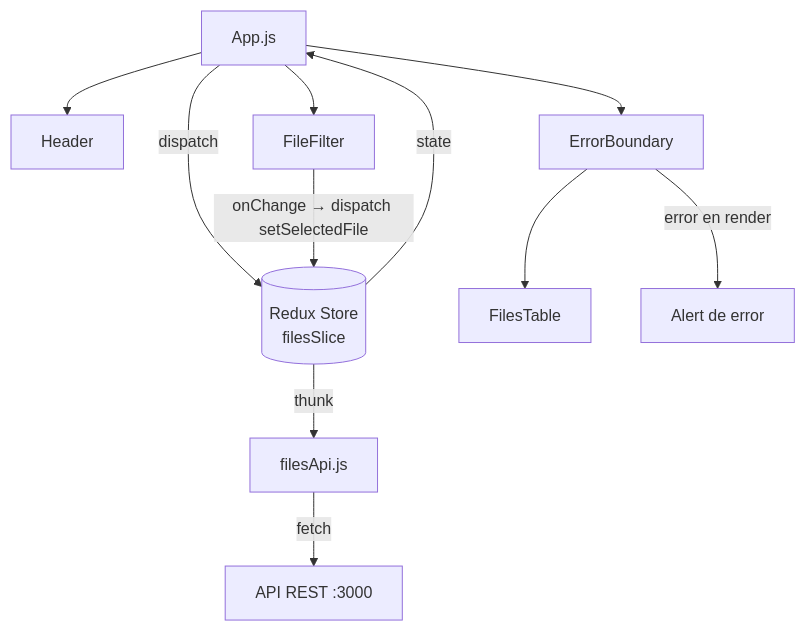
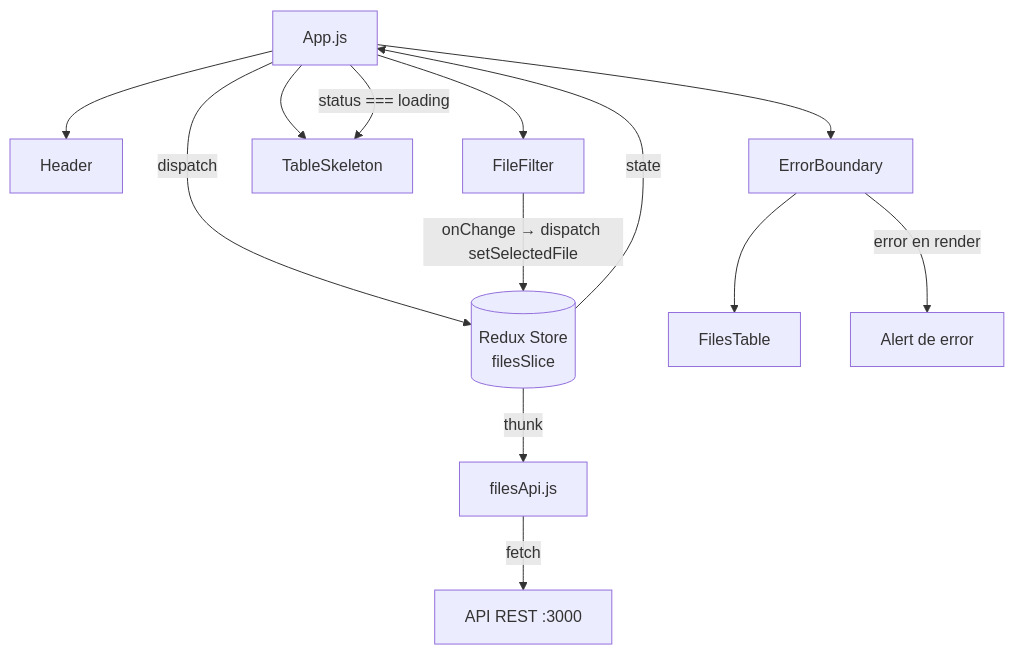
The third of 5 diagrams in docs/ARCHITECTURE.md (Srossiprieto/tbx-srp), drawn with Mermaid before and after one commit. The commit also changed other lines of this file and 1 other file, not shown here.

Commit message:
docs: update architecture and guide for TableSkeleton

````diff
--- a/docs/ARCHITECTURE.md
+++ b/docs/ARCHITECTURE.md
@@ -147,13 +148,15 @@
 ```mermaid
 graph TD
     APP[App.js] -->|dispatch| STORE[(Redux Store\nfilesSlice)]
     STORE -->|state| APP
     APP --> HEADER[Header]
     APP --> FILTER[FileFilter]
+    APP --> SKEL[TableSkeleton]
     APP --> EB[ErrorBoundary]
     EB --> TABLE[FilesTable]
     STORE -->|thunk| API[filesApi.js]
     API -->|fetch| BACKEND[API REST :3000]
     FILTER -->|onChange → dispatch setSelectedFile| STORE
     EB -->|error en render| FALLBACK[Alert de error]
+    APP -->|status === loading| SKEL
 ```
````
